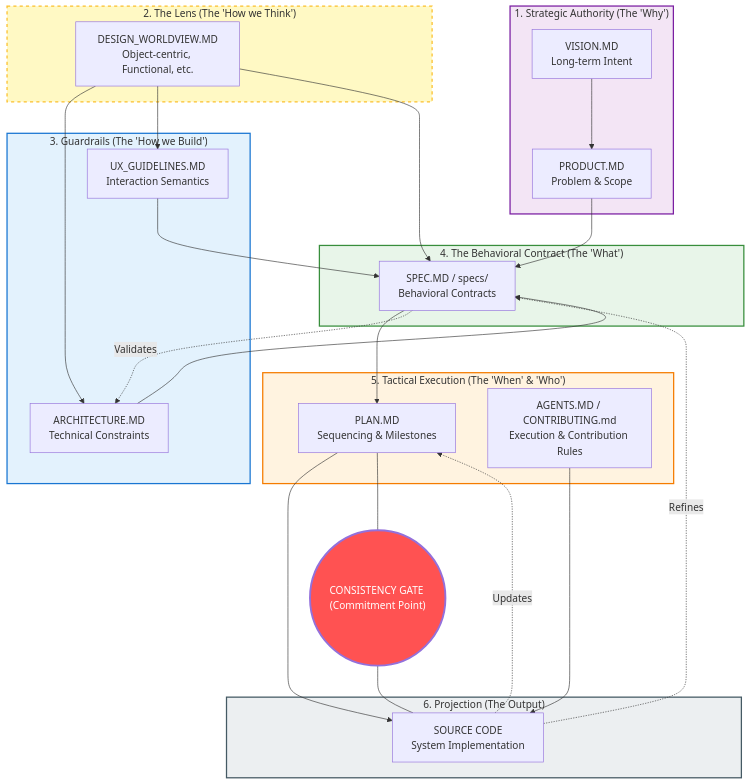
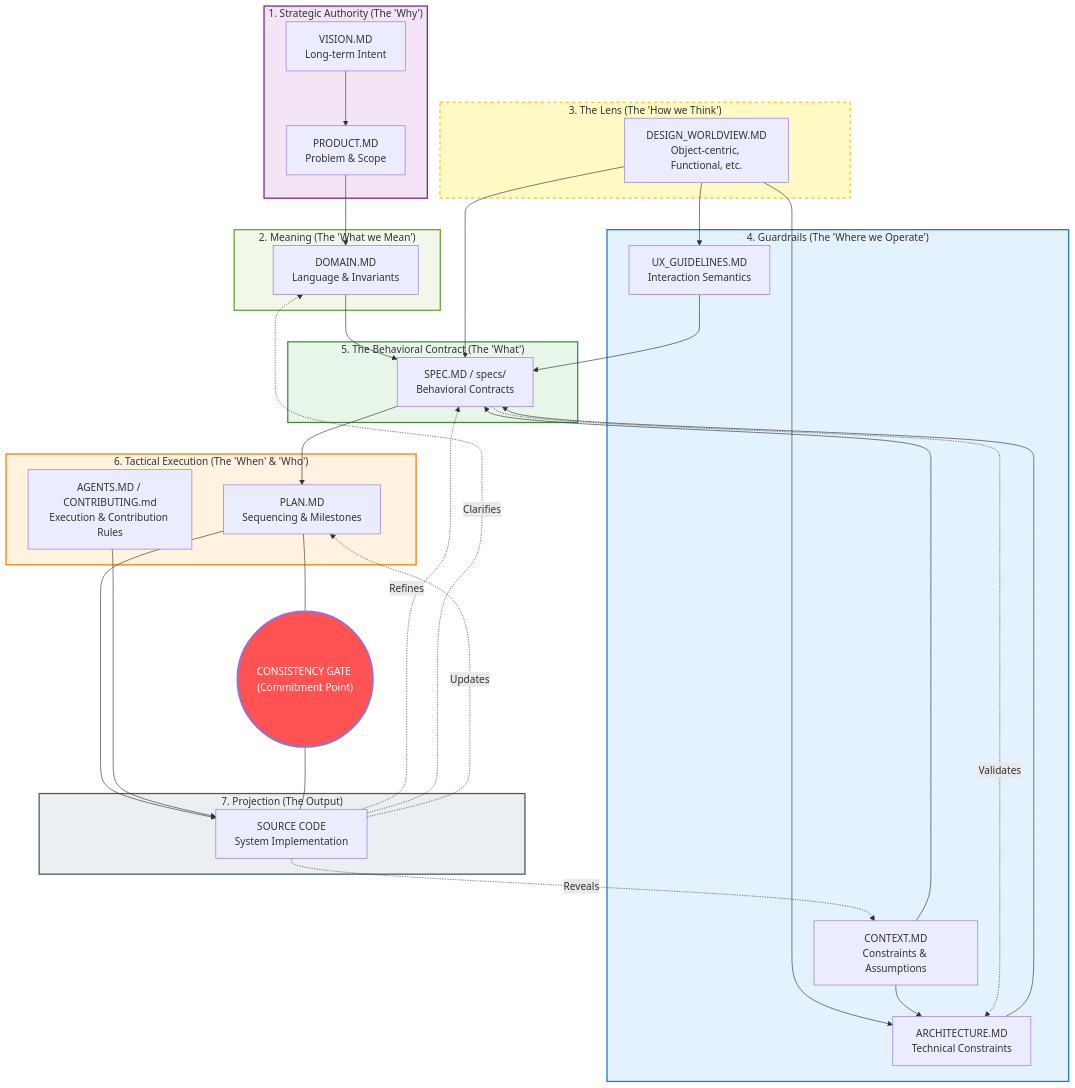
One commit to symbolicmatter/context-driven-engineering changed the diagram in docs/CDE_EXPLAINED.md. Above: the diagram before and after it, drawn with Mermaid. The commit also changed other lines of this file, not shown here.

Commit message:
Improvements for consistency and clarity.

````diff
--- a/docs/CDE_EXPLAINED.md
+++ b/docs/CDE_EXPLAINED.md
@@ -56,59 +63,73 @@
 ```mermaid
 graph TD
     %% Direction: Authority Flow (Top Down)
     subgraph Strategy ["1. Strategic Authority (The 'Why')"]
         VISION["VISION.MD<br/>Long-term Intent"] --> PRODUCT["PRODUCT.MD<br/>Problem & Scope"]
     end
 
-    subgraph Philosophy ["2. The Lens (The 'How we Think')"]
+    subgraph Semantics ["2. Meaning (The 'What we Mean')"]
+        DOMAIN["DOMAIN.MD<br/>Language & Invariants"]
+    end
+
+    subgraph Philosophy ["3. The Lens (The 'How we Think')"]
         WORLDVIEW["DESIGN_WORLDVIEW.MD<br/>Object-centric, Functional, etc."]
     end
 
-    subgraph Constraints ["3. Guardrails (The 'How we Build')"]
+    subgraph Constraints ["4. Guardrails (The 'Where we Operate')"]
+        CONTEXT["CONTEXT.MD<br/>Constraints & Assumptions"]
         ARCH["ARCHITECTURE.MD<br/>Technical Constraints"]
         UX["UX_GUIDELINES.MD<br/>Interaction Semantics"]
     end
 
-    subgraph Specification ["4. The Behavioral Contract (The 'What')"]
+    subgraph Specification ["5. The Behavioral Contract (The 'What')"]
         SPEC["SPEC.MD / specs/<br/>Behavioral Contracts"]
     end
 
-    subgraph Orchestration ["5. Tactical Execution (The 'When' & 'Who')"]
+    subgraph Orchestration ["6. Tactical Execution (The 'When' & 'Who')"]
         PLAN["PLAN.MD<br/>Sequencing & Milestones"]
         AGENTS["AGENTS.MD / CONTRIBUTING.md<br/>Execution & Contribution Rules"]
     end
 
-    subgraph Reality ["6. Projection (The Output)"]
+    subgraph Reality ["7. Projection (The Output)"]
         CODE["SOURCE CODE<br/>System Implementation"]
     end
 
     %% Authority Flow
-    PRODUCT --> SPEC
+    PRODUCT --> DOMAIN
+    DOMAIN --> SPEC
+
+    WORLDVIEW --> SPEC
     WORLDVIEW --> ARCH
     WORLDVIEW --> UX
-    WORLDVIEW --> SPEC
+
+    CONTEXT --> ARCH
+    CONTEXT --> SPEC
     ARCH --> SPEC
     UX --> SPEC
+
     SPEC --> PLAN
     PLAN --> CODE
     AGENTS --> CODE
 
     %% Feedback Loops (Systems Thinking)
     CODE -.->|Refines| SPEC
+    CODE -.->|Clarifies| DOMAIN
+    CODE -.->|Reveals| CONTEXT
     SPEC -.->|Validates| ARCH
     CODE -.->|Updates| PLAN
 
     %% Commitment Gate
     GATE(("CONSISTENCY GATE (Commitment Point)"))
     PLAN --- GATE
     GATE --- CODE
 
     %% Styling
     style Strategy fill:#f3e5f5,stroke:#7b1fa2,stroke-width:2px
+    style Semantics fill:#f1f8e9,stroke:#689f38,stroke-width:2px
     style Philosophy fill:#fff9c4,stroke:#fbc02d,stroke-width:2px,stroke-dasharray: 5 5
     style Constraints fill:#e3f2fd,stroke:#1976d2,stroke-width:2px
     style Specification fill:#e8f5e9,stroke:#388e3c,stroke-width:2px
     style Orchestration fill:#fff3e0,stroke:#f57c00,stroke-width:2px
     style Reality fill:#eceff1,stroke:#455a64,stroke-width:2px
     style GATE fill:#ff5252,color:#fff,stroke-width:3px
 ```
````
